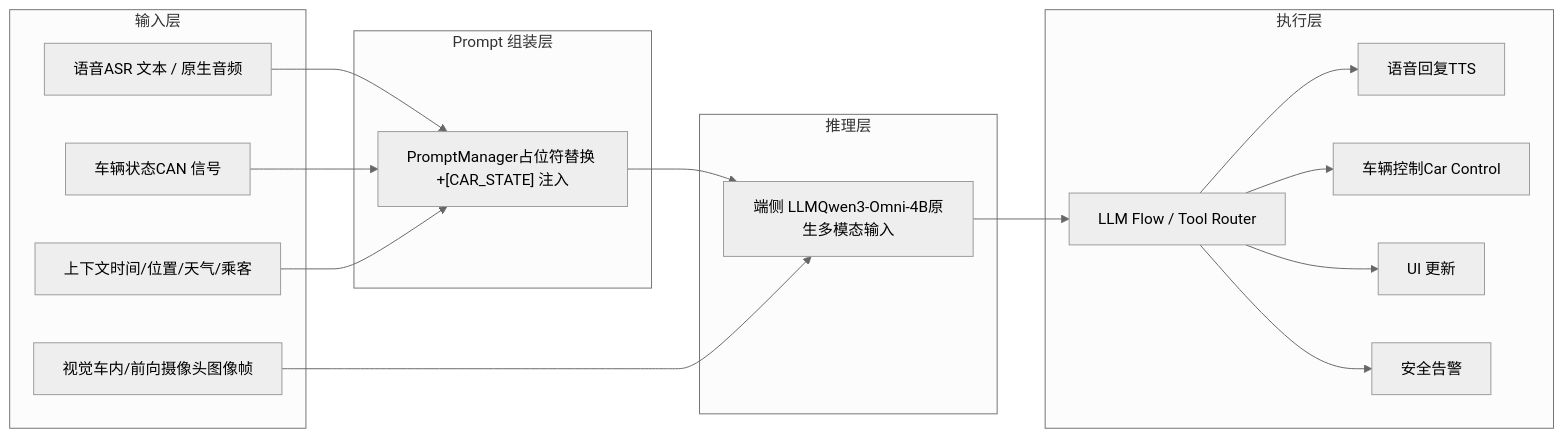
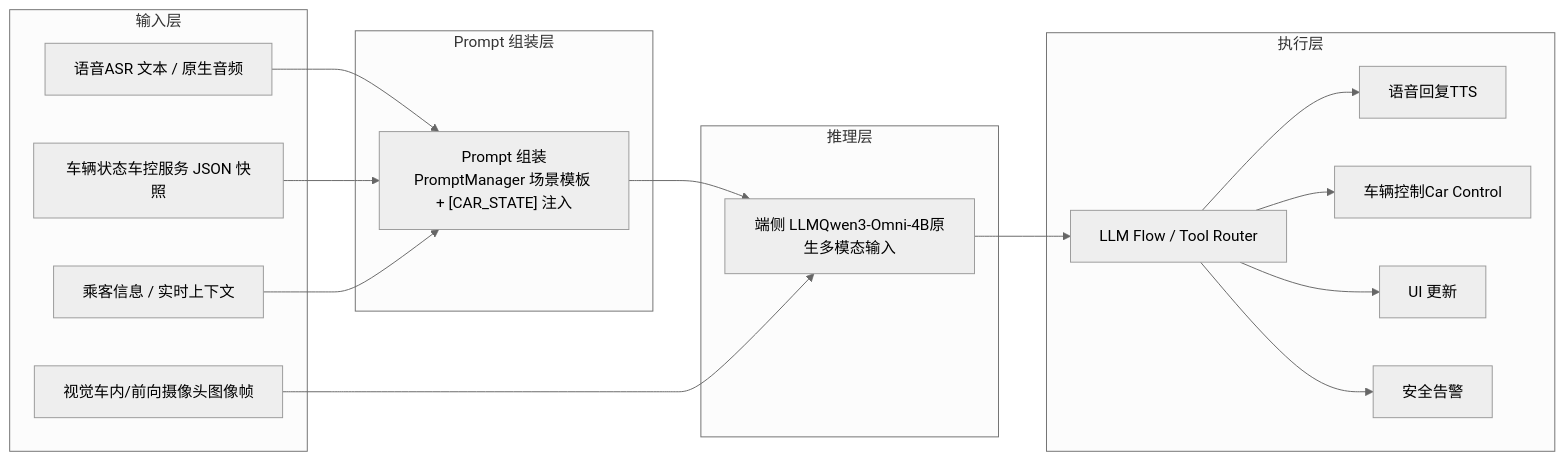
One commit to ranpin/edge-ai-docs changed the second of 3 diagrams in cockpit/projects/agent-framework/overview.md. Above: the diagram before and after it, drawn with Mermaid (neutral theme). The commit also changed other lines of this file and 12 other files, not shown here.

````diff
--- a/cockpit/projects/agent-framework/overview.md
+++ b/cockpit/projects/agent-framework/overview.md
@@ -95,36 +106,36 @@
 ```mermaid
 graph LR
     subgraph 输入层
         A1["语音ASR 文本 / 原生音频"]
         A2["视觉车内/前向摄像头图像帧"]
-        A3["车辆状态CAN 信号"]
-        A4["上下文时间/位置/天气/乘客"]
+        A3["车辆状态车控服务 JSON 快照"]
+        A4["乘客信息 / 实时上下文"]
     end
 
     subgraph Prompt 组装层
-        B["PromptManager占位符替换 +[CAR_STATE] 注入"]
+        B["Prompt 组装PromptManager 场景模板 + [CAR_STATE] 注入"]
     end
 
     subgraph 推理层
         C["端侧 LLMQwen3-Omni-4B原生多模态输入"]
     end
 
     subgraph 执行层
         D["LLM Flow / Tool Router"]
         E1["语音回复TTS"]
         E2["车辆控制Car Control"]
         E3["UI 更新"]
         E4["安全告警"]
     end
 
     A1 --> B
     A3 --> B
     A4 --> B
     B --> C
     A2 --> C
     C --> D
     D --> E1
     D --> E2
     D --> E3
     D --> E4
 ```
````
